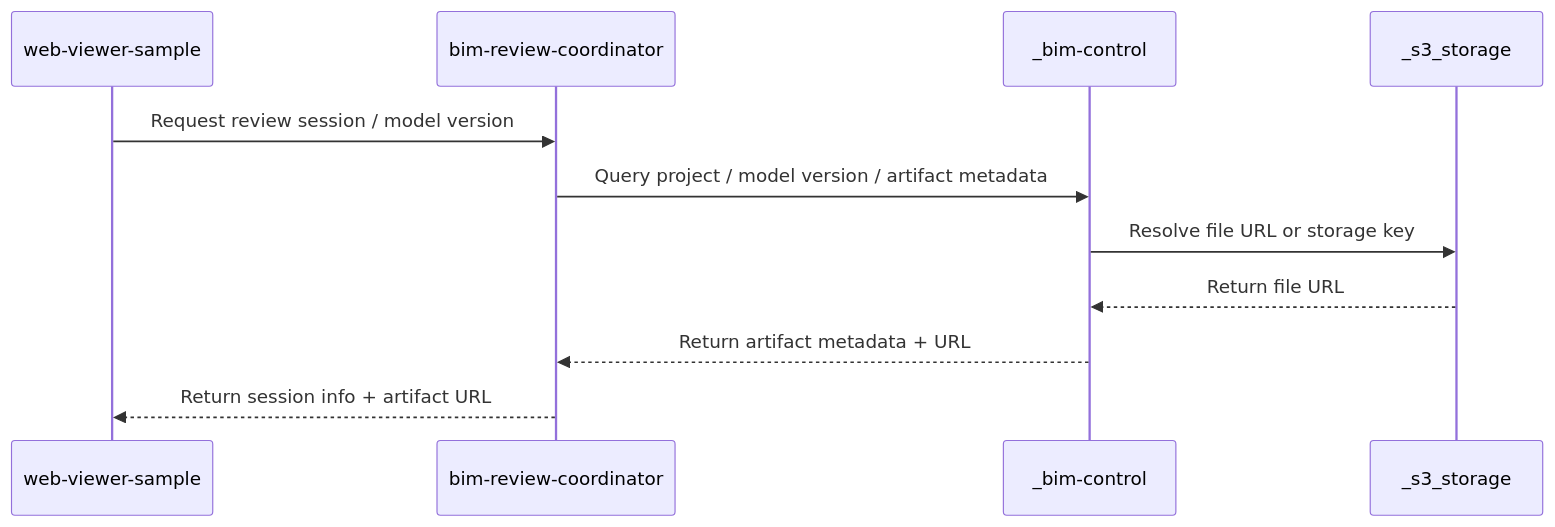
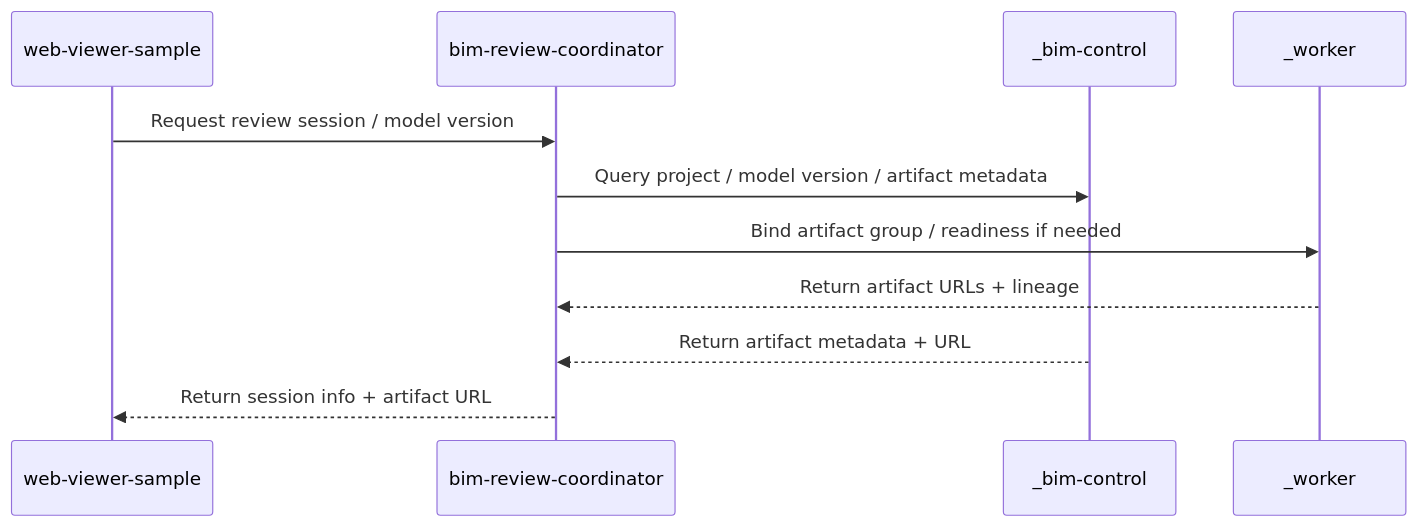
The third of 7 diagrams in CLAUDE.md (monkey1sai/AI-BIM-governance), drawn with Mermaid before and after one commit. The commit also changed other lines of this file and 107 other files, not shown here.

First line of the commit message:
feat(worker)!: 統一 demo 步驟 ①/② 至 _worker 並退役 legacy storage/conversion 服務

````diff
--- a/CLAUDE.md
+++ b/CLAUDE.md
@@ -479,14 +478,14 @@
 ```mermaid
 sequenceDiagram
     participant WV as web-viewer-sample
     participant CO as bim-review-coordinator
     participant BC as _bim-control
-    participant S3 as _s3_storage
+    participant WK as _worker
 
     WV->>CO: Request review session / model version
     CO->>BC: Query project / model version / artifact metadata
-    BC->>S3: Resolve file URL or storage key
-    S3-->>BC: Return file URL
+    CO->>WK: Bind artifact group / readiness if needed
+    WK-->>CO: Return artifact URLs + lineage
     BC-->>CO: Return artifact metadata + URL
     CO-->>WV: Return session info + artifact URL
 ```
````
